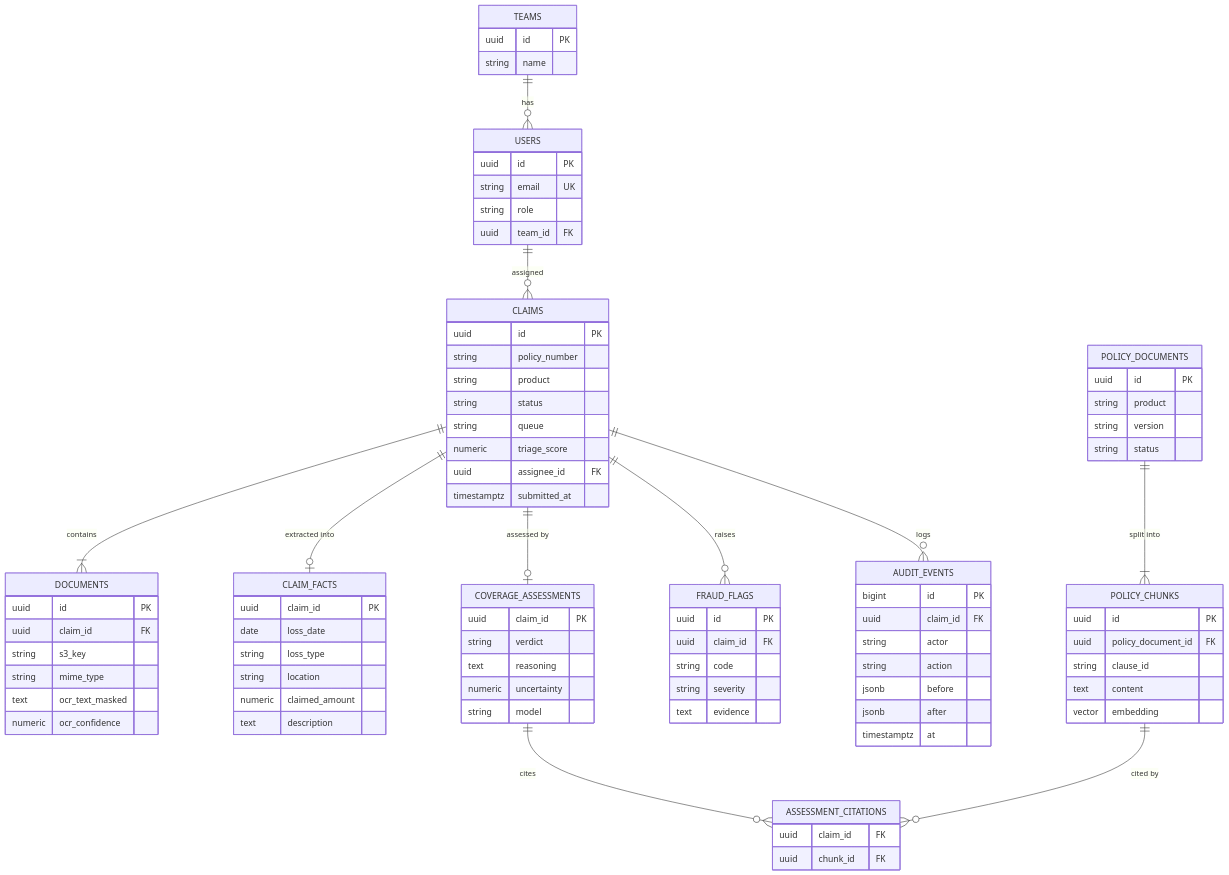
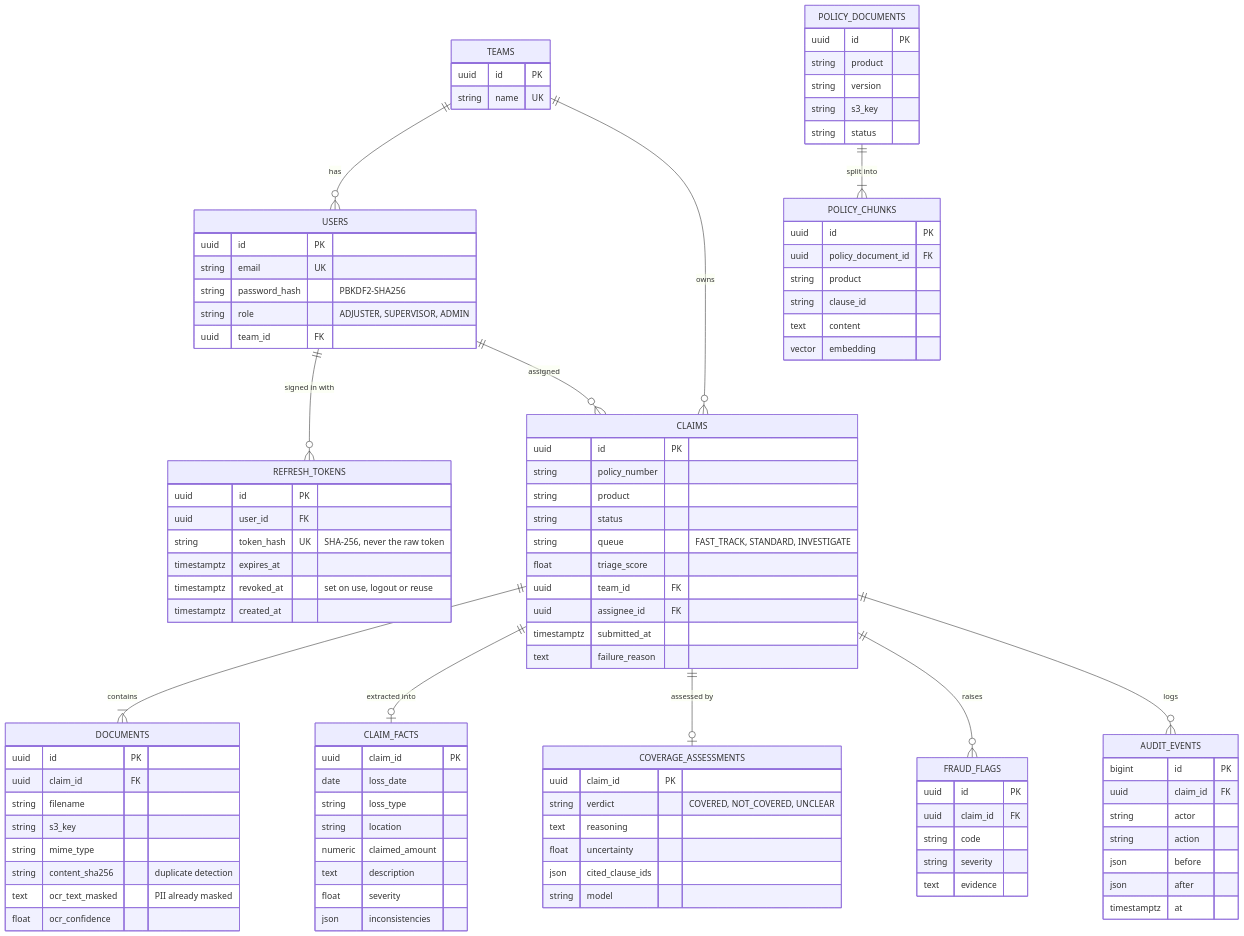
Before and after one commit to ABHI-742/claimlens: the diagram in docs/diagrams/er-diagram.md, drawn with Mermaid. The commit also changed other lines of this file and 5 other files, not shown here.

First line of the commit message:
Bring architecture docs up to date with the code

````diff
--- a/docs/diagrams/er-diagram.md
+++ b/docs/diagrams/er-diagram.md
@@ -3,6 +5,8 @@
 ```mermaid
 erDiagram
     TEAMS ||--o{ USERS : has
+    TEAMS ||--o{ CLAIMS : owns
+    USERS ||--o{ REFRESH_TOKENS : "signed in with"
     USERS ||--o{ CLAIMS : "assigned"
     CLAIMS ||--|{ DOCUMENTS : contains
     CLAIMS ||--o| CLAIM_FACTS : "extracted into"
@@ -10,36 +14,47 @@
     CLAIMS ||--o{ FRAUD_FLAGS : raises
     CLAIMS ||--o{ AUDIT_EVENTS : logs
     POLICY_DOCUMENTS ||--|{ POLICY_CHUNKS : "split into"
-    COVERAGE_ASSESSMENTS ||--o{ ASSESSMENT_CITATIONS : cites
-    POLICY_CHUNKS ||--o{ ASSESSMENT_CITATIONS : "cited by"
 
     TEAMS {
         uuid id PK
-        string name
+        string name UK
     }
     USERS {
         uuid id PK
         string email UK
-        string role
+        string password_hash "PBKDF2-SHA256"
+        string role "ADJUSTER, SUPERVISOR, ADMIN"
         uuid team_id FK
+    }
+    REFRESH_TOKENS {
+        uuid id PK
+        uuid user_id FK
+        string token_hash UK "SHA-256, never the raw token"
+        timestamptz expires_at
+        timestamptz revoked_at "set on use, logout or reuse"
+        timestamptz created_at
     }
     CLAIMS {
         uuid id PK
         string policy_number
         string product
         string status
-        string queue
-        numeric triage_score
+        string queue "FAST_TRACK, STANDARD, INVESTIGATE"
+        float triage_score
+        uuid team_id FK
         uuid assignee_id FK
         timestamptz submitted_at
+        text failure_reason
     }
     DOCUMENTS {
         uuid id PK
         uuid claim_id FK
+        string filename
         string s3_key
         string mime_type
-        text ocr_text_masked
-        numeric ocr_confidence
+        string content_sha256 "duplicate detection"
+        text ocr_text_masked "PII already masked"
+        float ocr_confidence
     }
     CLAIM_FACTS {
         uuid claim_id PK
@@ -48,17 +63,16 @@
         string location
         numeric claimed_amount
         text description
+        float severity
+        json inconsistencies
     }
     COVERAGE_ASSESSMENTS {
         uuid claim_id PK
-        string verdict
+        string verdict "COVERED, NOT_COVERED, UNCLEAR"
         text reasoning
-        numeric uncertainty
+        float uncertainty
+        json cited_clause_ids
         string model
-    }
-    ASSESSMENT_CITATIONS {
-        uuid claim_id FK
-        uuid chunk_id FK
     }
     FRAUD_FLAGS {
         uuid id PK
@@ -71,11 +85,13 @@
         uuid id PK
         string product
         string version
+        string s3_key
         string status
     }
     POLICY_CHUNKS {
         uuid id PK
         uuid policy_document_id FK
+        string product
         string clause_id
         text content
         vector embedding
@@ -85,8 +101,8 @@
         uuid claim_id FK
         string actor
         string action
-        jsonb before
-        jsonb after
+        json before
+        json after
         timestamptz at
     }
 ```
````
